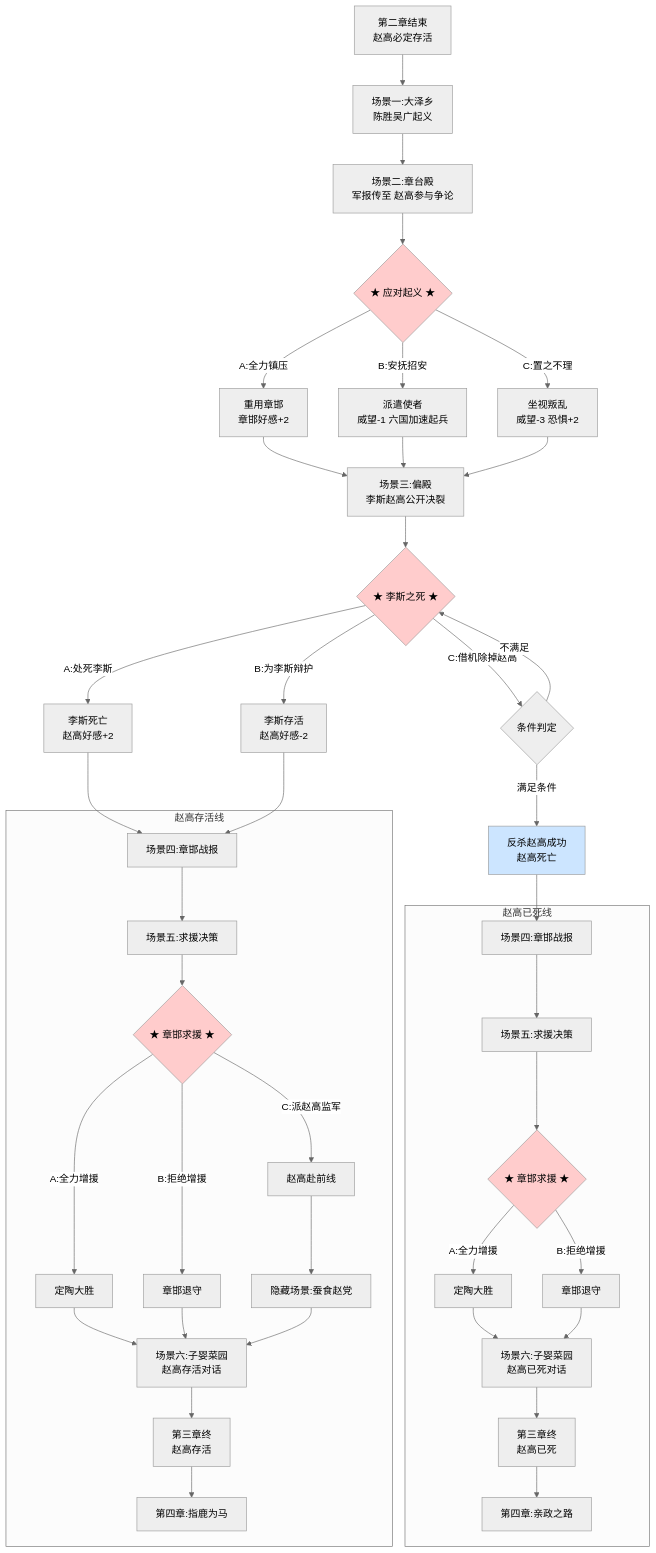
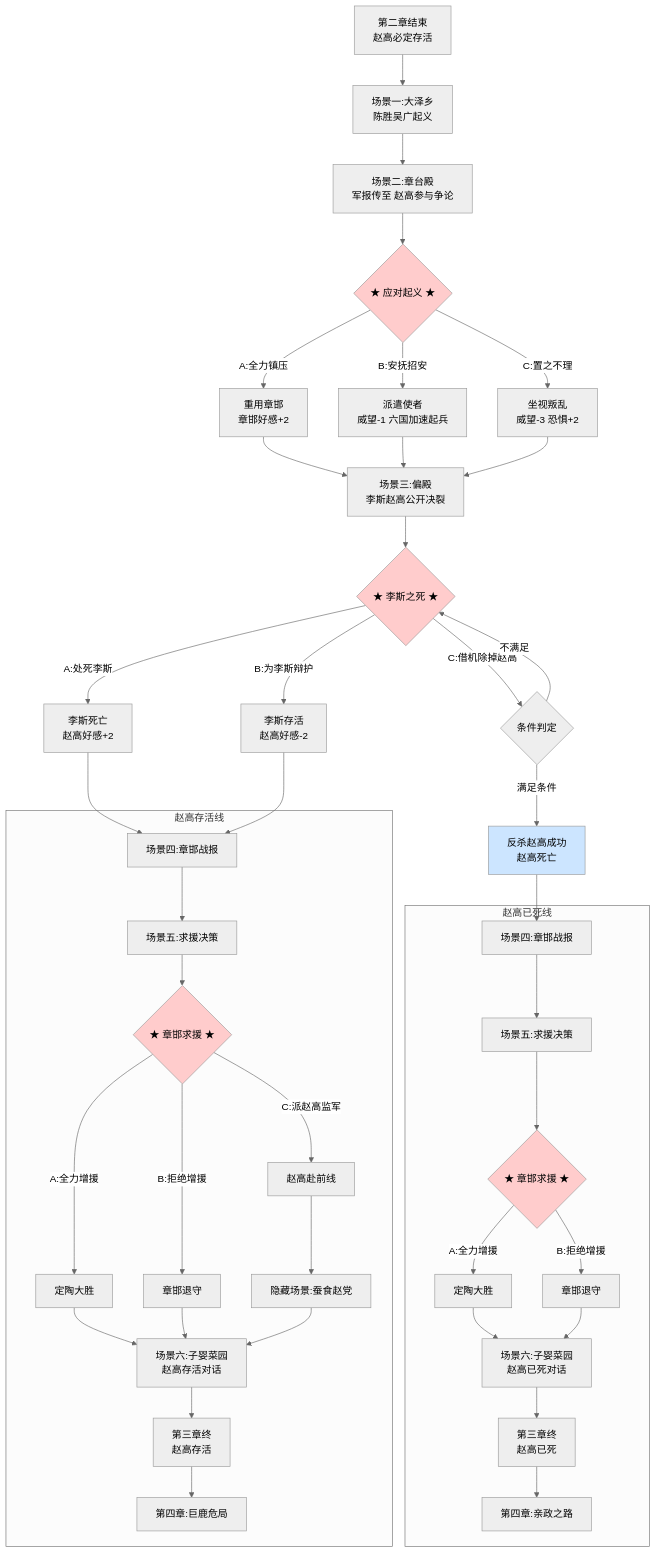
One commit to lesleygigi/huhai changed the diagram in scripts/chapter3.md. Above: the diagram before and after it, drawn with Mermaid (neutral theme). The commit also changed other lines of this file and 18 other files, not shown here.

Commit message:
chore: save narrative and branch graph progress

````diff
--- a/scripts/chapter3.md
+++ b/scripts/chapter3.md
@@ -1459,59 +1483,59 @@
 ```mermaid
 flowchart TD
     C2_END[第二章结束<br>赵高必定存活] --> C3_S1[场景一:大泽乡<br>陈胜吴广起义]
 
     C3_S1 --> C3_S2[场景二:章台殿<br>军报传至 赵高参与争论]
 
     C3_S2 --> C3_S2A{★ 应对起义 ★}
     C3_S2A -->|A:全力镇压| C3_S2A1[重用章邯<br>章邯好感+2]
     C3_S2A -->|B:安抚招安| C3_S2B1[派遣使者<br>威望-1 六国加速起兵]
     C3_S2A -->|C:置之不理| C3_S2C1[坐视叛乱<br>威望-3 恐惧+2]
 
     C3_S2A1 --> C3_S3
     C3_S2B1 --> C3_S3
     C3_S2C1 --> C3_S3
 
     C3_S3[场景三:偏殿<br>李斯赵高公开决裂] --> C3_S3A{★ 李斯之死 ★}
 
     C3_S3A -->|A:处死李斯| C3_S3B[李斯死亡<br>赵高好感+2]
     C3_S3B --> C3_S4_ALIVE
 
     C3_S3A -->|B:为李斯辩护| C3_S3C[李斯存活<br>赵高好感-2]
     C3_S3C --> C3_S4_ALIVE
 
     C3_S3A -->|C:借机除掉赵高| C3_S3D{条件判定}
     C3_S3D -->|满足条件| C3_S3E[反杀赵高成功<br>赵高死亡]
     C3_S3E --> C3_S4_DEAD
     C3_S3D -->|不满足| C3_S3A
 
     subgraph 赵高存活线
         C3_S4_ALIVE[场景四:章邯战报] --> C3_S5_ALIVE[场景五:求援决策]
         C3_S5_ALIVE --> C3_S5A_ALIVE{★ 章邯求援 ★}
         C3_S5A_ALIVE -->|A:全力增援| C3_S5B_ALIVE[定陶大胜]
         C3_S5A_ALIVE -->|B:拒绝增援| C3_S5C_ALIVE[章邯退守]
         C3_S5A_ALIVE -->|C:派赵高监军| C3_S5D_ALIVE[赵高赴前线]
         C3_S5D_ALIVE --> C3_H1[隐藏场景:蚕食赵党]
         C3_S5B_ALIVE --> C3_S6_ALIVE
         C3_S5C_ALIVE --> C3_S6_ALIVE
         C3_H1 --> C3_S6_ALIVE
         C3_S6_ALIVE[场景六:子婴菜园<br>赵高存活对话] --> C3_END_ALIVE[第三章终<br>赵高存活]
-        C3_END_ALIVE --> C4_ALIVE[第四章:指鹿为马]
+        C3_END_ALIVE --> C4_ALIVE[第四章:巨鹿危局]
     end
 
     subgraph 赵高已死线
         C3_S4_DEAD[场景四:章邯战报] --> C3_S5_DEAD[场景五:求援决策]
         C3_S5_DEAD --> C3_S5A_DEAD{★ 章邯求援 ★}
         C3_S5A_DEAD -->|A:全力增援| C3_S5B_DEAD[定陶大胜]
         C3_S5A_DEAD -->|B:拒绝增援| C3_S5C_DEAD[章邯退守]
         C3_S5B_DEAD --> C3_S6_DEAD
         C3_S5C_DEAD --> C3_S6_DEAD
         C3_S6_DEAD[场景六:子婴菜园<br>赵高已死对话] --> C3_END_DEAD[第三章终<br>赵高已死]
         C3_END_DEAD --> C4_DEAD[第四章:亲政之路]
     end
 
     style C3_S2A fill:#ffcccc
     style C3_S3A fill:#ffcccc
     style C3_S5A_ALIVE fill:#ffcccc
     style C3_S5A_DEAD fill:#ffcccc
     style C3_S3E fill:#cce5ff
 ```
````
